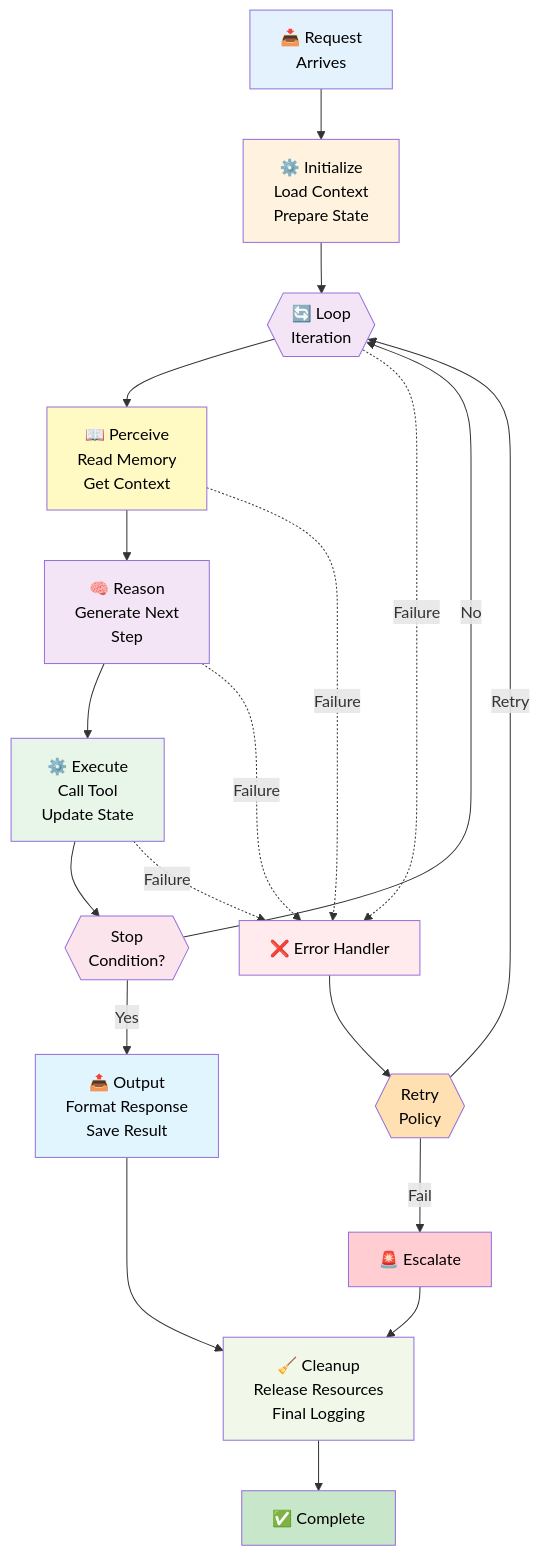
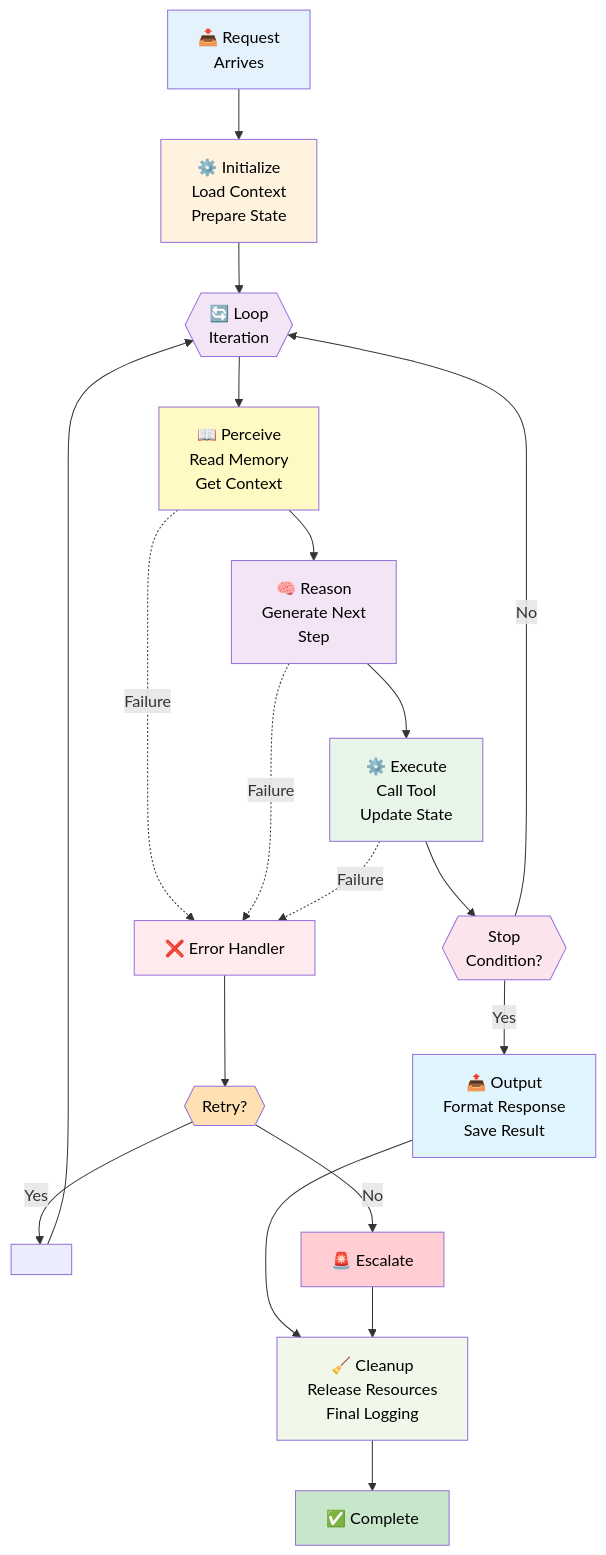
One commit to falila/ai-agent-engineering-playbook changed the first of 5 diagrams in docs/03-agent-lifecycle.md. Above: the diagram before and after it, drawn with Mermaid. The commit also changed 6 other files, not shown here.

Commit message:
fix: improve all diagram connectors to eliminate overlaps

````diff
--- a/docs/03-agent-lifecycle.md
+++ b/docs/03-agent-lifecycle.md
@@ -13,36 +13,36 @@
 ```mermaid
 graph TD
     A["📥 Request<br/>Arrives"] --> B["⚙️ Initialize<br/>Load Context<br/>Prepare State"]
     B --> C{{"🔄 Loop<br/>Iteration"}}
     C --> D["📖 Perceive<br/>Read Memory<br/>Get Context"]
     D --> E["🧠 Reason<br/>Generate Next<br/>Step"]
     E --> F["⚙️ Execute<br/>Call Tool<br/>Update State"]
     F --> G{{"Stop<br/>Condition?"}}
     G -->|No| C
     G -->|Yes| H["📤 Output<br/>Format Response<br/>Save Result"]
     H --> I["🧹 Cleanup<br/>Release Resources<br/>Final Logging"]
     I --> J["✅ Complete"]
     
-    C -.->|Failure| K["❌ Error Handler"]
-    D -.->|Failure| K
+    D -.->|Failure| K["❌ Error Handler"]
     E -.->|Failure| K
     F -.->|Failure| K
-    K --> L{{"Retry<br/>Policy"}}
-    L -->|Retry| C
-    L -->|Fail| M["🚨 Escalate"]
+    K --> L{{"Retry?"}}  
+    L -->|Yes| Z[" "]
+    L -->|No| M["🚨 Escalate"]
+    Z --> C
     M --> I
     
     style A fill:#e3f2fd,color:#000000
     style B fill:#fff3e0,color:#000000
     style C fill:#f3e5f5,color:#000000
     style D fill:#fff9c4,color:#000000
     style E fill:#f3e5f5,color:#000000
     style F fill:#e8f5e9,color:#000000
     style G fill:#fce4ec,color:#000000
     style H fill:#e1f5fe,color:#000000
     style I fill:#f1f8e9,color:#000000
     style J fill:#c8e6c9,color:#000000
     style K fill:#ffebee,color:#000000
     style L fill:#ffe0b2,color:#000000
     style M fill:#ffcdd2,color:#000000
 ```
````
